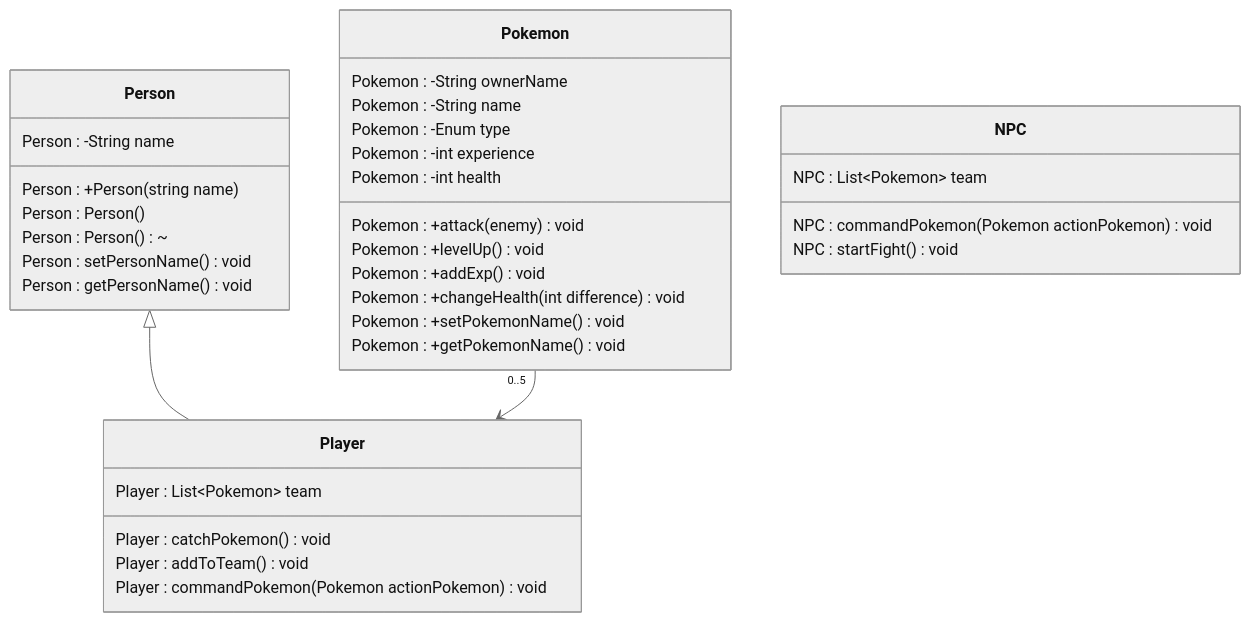
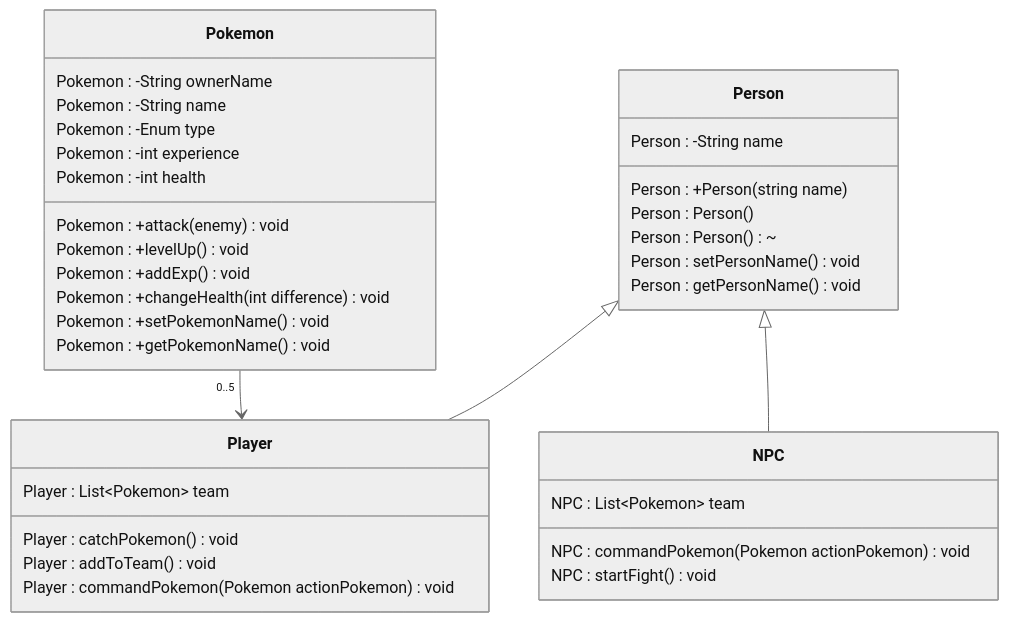
The diagram in README.md (rjordell/Pokemon-Like-RPG), drawn with Mermaid (neutral theme) before and after one commit.

Commit message:
Specified that NPC inherits from Person in the UML diagram

````diff
--- a/README.md
+++ b/README.md
@@ -21,39 +21,40 @@
 ```mermaid
 classDiagram
     class Pokemon {
     Pokemon : -String ownerName
     Pokemon : -String name
     Pokemon : -Enum type
     Pokemon : -int experience
     Pokemon : -int health
     Pokemon : +attack(enemy) void
     Pokemon : +levelUp() void
     Pokemon : +addExp() void
     Pokemon : +changeHealth(int difference) void
     Pokemon : +setPokemonName() void
     Pokemon : +getPokemonName() void
 }
     class Person {
     Person : -String name
     Person : +Person(string name)
     Person : Person()
     Person : Person()~
     Person : setPersonName() void
     Person : getPersonName() void
 }
     class Player {
     Player : List~Pokemon~ team
     Player : catchPokemon() void
     Player : addToTeam() void
     Player : commandPokemon(Pokemon actionPokemon) void
 }
     class NPC {
     NPC : List~Pokemon~ team
     NPC : commandPokemon(Pokemon actionPokemon) void
     NPC : startFight() void
 }
 
 Person<|--Player
+Person<|--NPC
 Pokemon "0..5" --> Player
 
 ```
````
